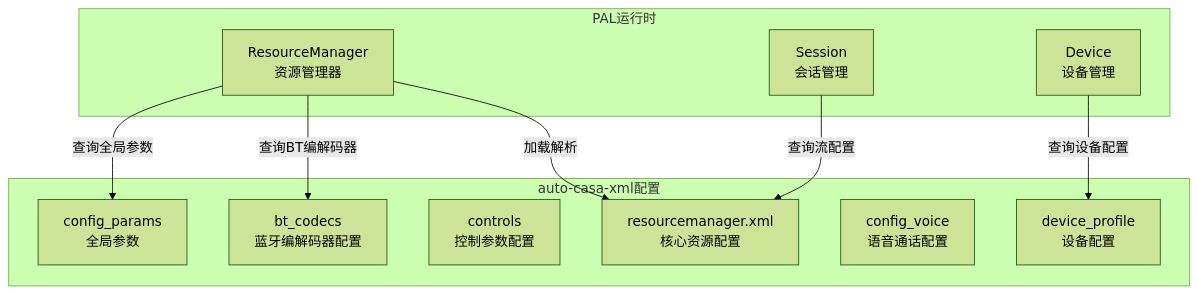
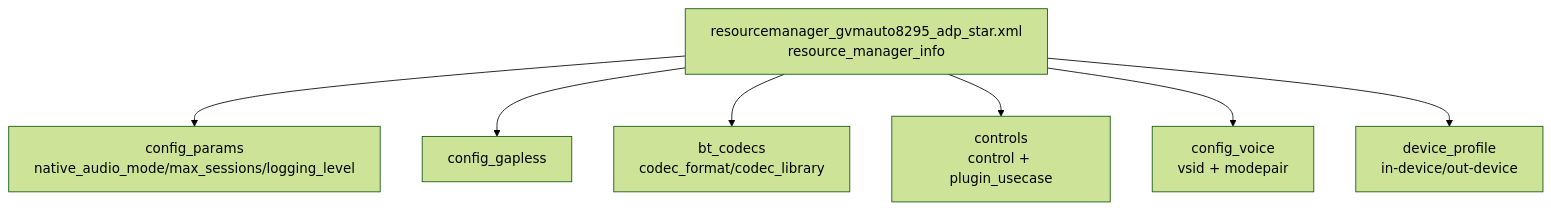
Before and after one commit to yanglinzhen1022/SA8295_AAOS_QNX_Audio_KnowledgeBase: the diagram in 16_Vendor_QNX_Architecture/16_16.9_auto-casa-xml配置.md, drawn with Mermaid (forest theme). The commit also changed other lines of this file and 48 other files, not shown here.

````diff
--- a/16_Vendor_QNX_Architecture/16_16.9_auto-casa-xml配置.md
+++ b/16_Vendor_QNX_Architecture/16_16.9_auto-casa-xml配置.md
@@ -11,23 +25,17 @@
 ```mermaid
 graph TB
-    subgraph CASA_XML["auto-casa-xml配置"]
-        RM_XML["resourcemanager.xml<br/>核心资源配置"]
-        BT_CODEC["bt_codecs<br/>蓝牙编解码器配置"]
-        CONTROLS["controls<br/>控制参数配置"]
-        DEVICE_PROFILE["device_profile<br/>设备配置"]
-        VOICE["config_voice<br/>语音通话配置"]
-        CONFIG_PARAMS["config_params<br/>全局参数"]
-    end
+    RM["resourcemanager_gvmauto8295_adp_star.xml<br/>resource_manager_info"]
+    CP["config_params<br/>native_audio_mode/max_sessions/logging_level"]
+    GAP["config_gapless"]
+    BT["bt_codecs<br/>codec_format/codec_library"]
+    CTL["controls<br/>control + plugin_usecase"]
+    CV["config_voice<br/>vsid + modepair"]
+    DP["device_profile<br/>in-device/out-device"]
 
-    subgraph PAL_Runtime["PAL运行时"]
-        RM["ResourceManager<br/>资源管理器"]
-        SESSION["Session<br/>会话管理"]
-        DEVICE["Device<br/>设备管理"]
-    end
-
-    RM -->|加载解析| RM_XML
-    SESSION -->|查询流配置| RM_XML
-    DEVICE -->|查询设备配置| DEVICE_PROFILE
-    RM -->|查询BT编解码器| BT_CODEC
-    RM -->|查询全局参数| CONFIG_PARAMS
+    RM --> CP
+    RM --> GAP
+    RM --> BT
+    RM --> CTL
+    RM --> CV
+    RM --> DP
 ```
````
